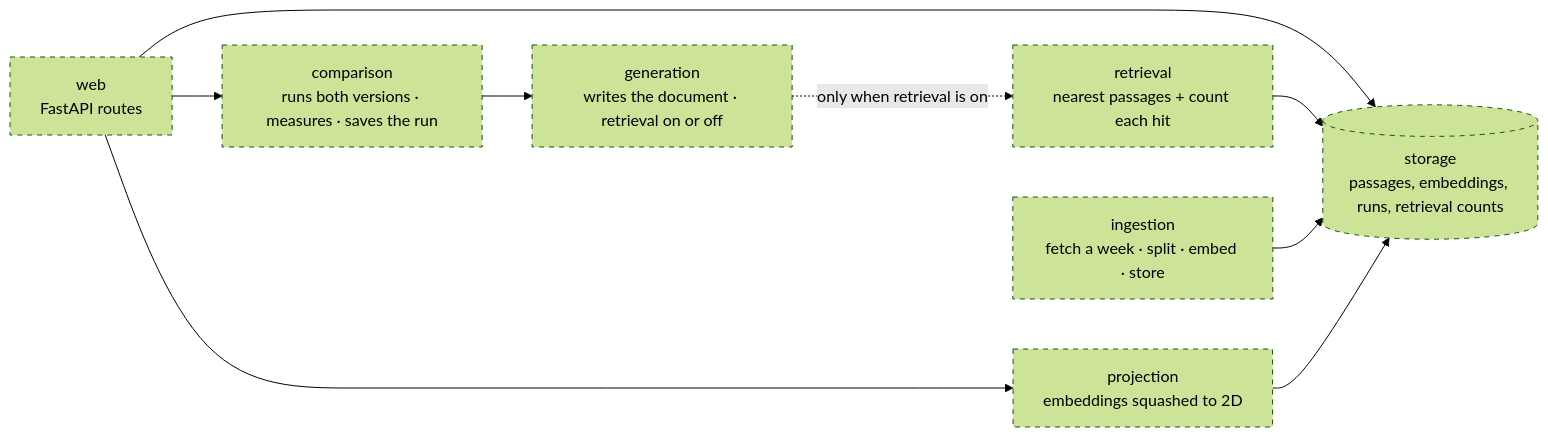
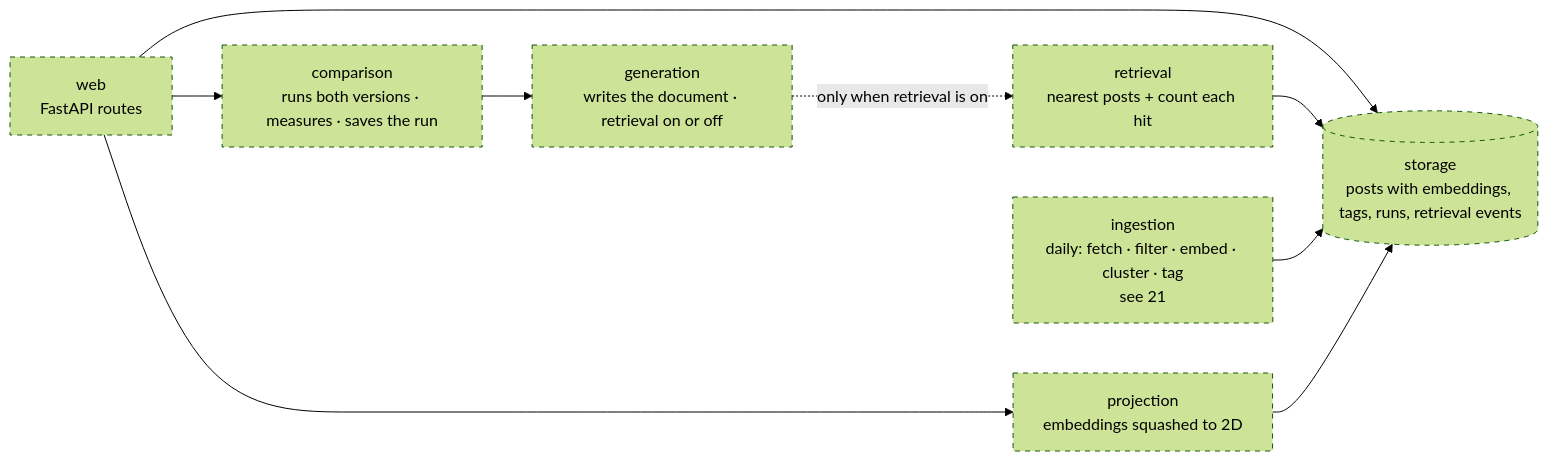
One commit to brianaderer/transcendent changed the first of 2 diagrams in docs/atlas/40-backend.md. Above: the diagram before and after it, drawn with Mermaid (forest theme). The commit also changed other lines of this file and 8 other files, not shown here.

````diff
--- a/docs/atlas/40-backend.md
+++ b/docs/atlas/40-backend.md
@@ -31,21 +31,21 @@
 ```mermaid
 flowchart LR
     WEB["web<br/>FastAPI routes"]
-    ING["ingestion<br/>fetch a week · split · embed · store"]
-    STORE[("storage<br/>passages, embeddings, runs, retrieval counts")]
-    RET["retrieval<br/>nearest passages + count each hit"]
+    ING["ingestion<br/>daily: fetch · filter · embed · cluster · tag<br/>see 21"]
+    STORE[("storage<br/>posts with embeddings, tags, runs, retrieval events")]
+    RET["retrieval<br/>nearest posts + count each hit"]
     GEN["generation<br/>writes the document · retrieval on or off"]
     CMP["comparison<br/>runs both versions · measures · saves the run"]
     MAP["projection<br/>embeddings squashed to 2D"]
 
     WEB --> CMP
     WEB --> MAP
     WEB --> STORE
     CMP --> GEN
     GEN -.->|"only when retrieval is on"| RET
     RET --> STORE
     ING --> STORE
     MAP --> STORE
     classDef open stroke-dasharray: 5 5
     class WEB,ING,STORE,RET,GEN,CMP,MAP open
 ```
````
